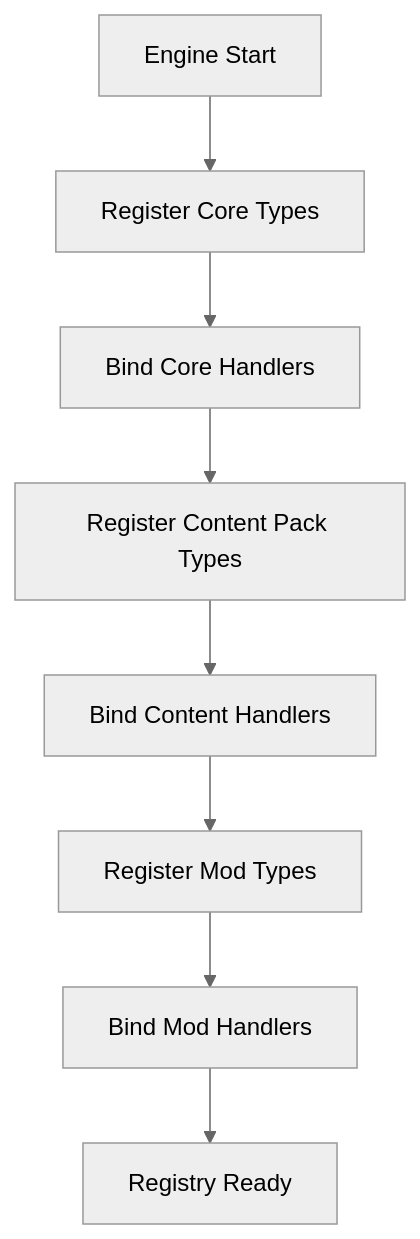
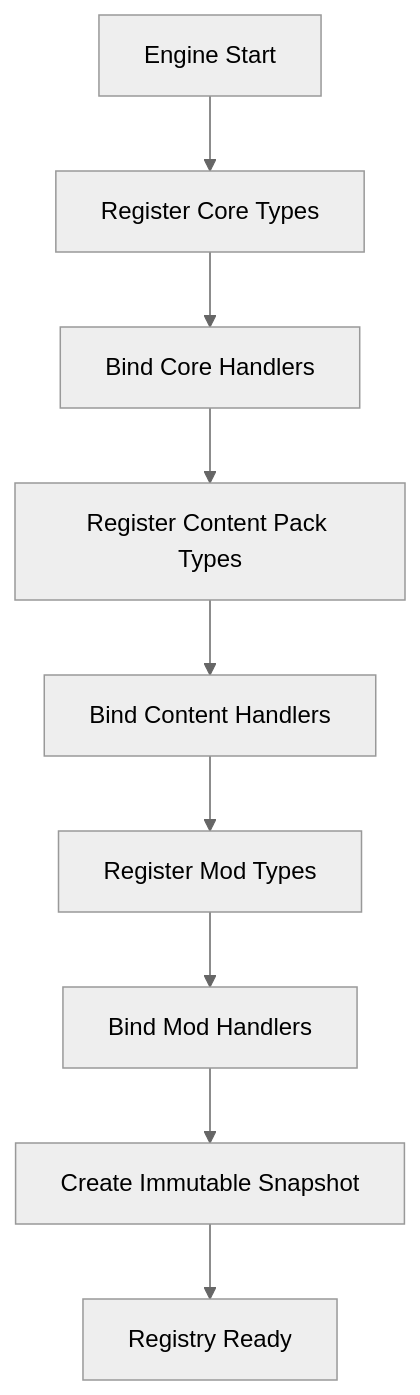
One commit to yueseyeyu/ai-narrative-rpg-engine changed the ninth of 12 diagrams in docs/02_Architecture/Action_Registry.md. Above: the diagram before and after it, drawn with Mermaid (neutral theme). The commit also changed other lines of this file and 43 other files, not shown here.

Commit message:
feat: Architecture Baseline v1.0 Frozen + MVP-0 Validation (4/4 contract tests passing)

````diff
--- a/docs/02_Architecture/Action_Registry.md
+++ b/docs/02_Architecture/Action_Registry.md
@@ -449,10 +477,11 @@
 ```mermaid
 flowchart TD
     ENG[Engine Start] --> REG_CORE[Register Core Types]
     REG_CORE --> BIND_CORE[Bind Core Handlers]
     BIND_CORE --> REG_CONTENT[Register Content Pack Types]
     REG_CONTENT --> BIND_CONTENT[Bind Content Handlers]
     BIND_CONTENT --> REG_MOD[Register Mod Types]
     REG_MOD --> BIND_MOD[Bind Mod Handlers]
-    BIND_MOD --> READY[Registry Ready]
+    BIND_MOD --> SNAP[Create Immutable Snapshot]
+    SNAP --> READY[Registry Ready]
 ```
````
